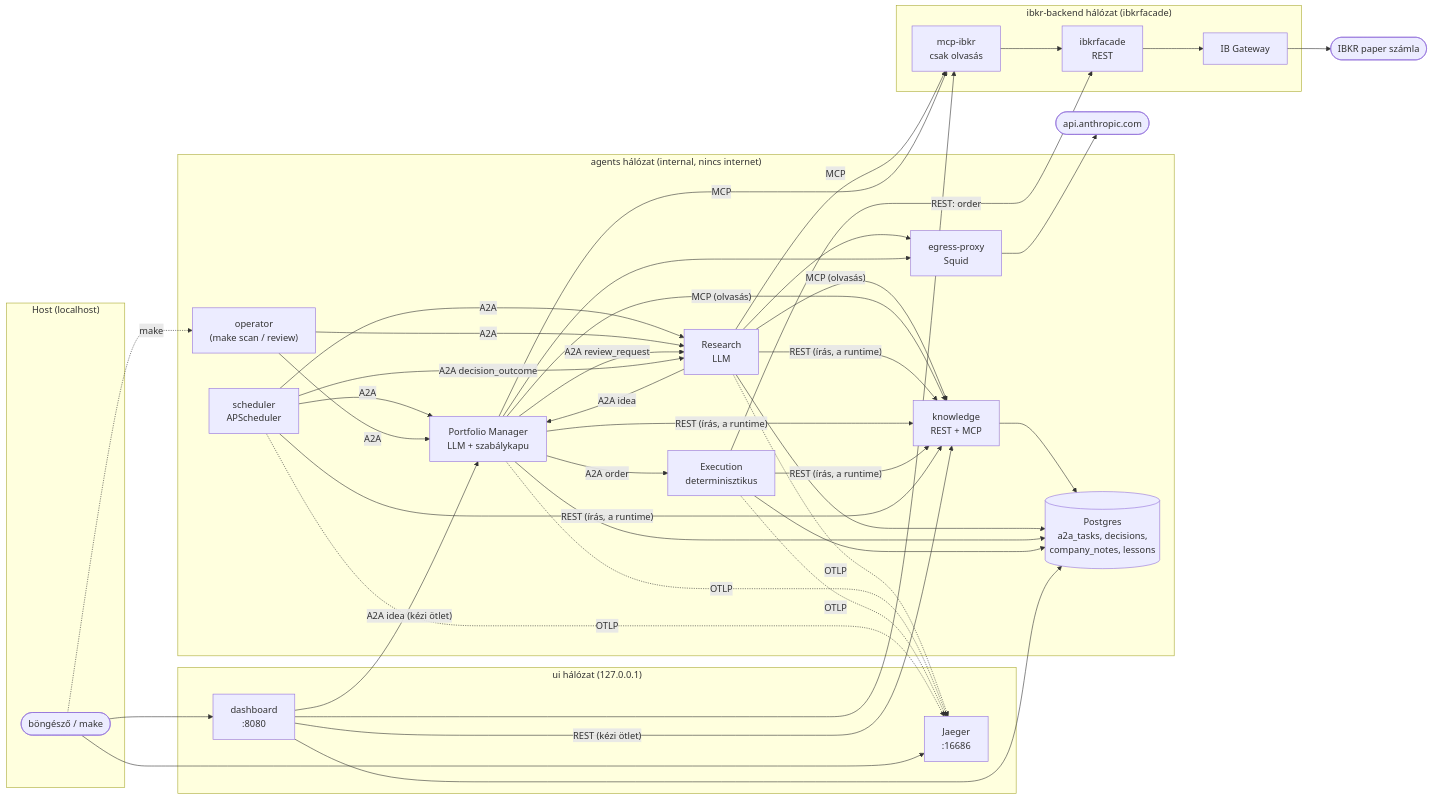
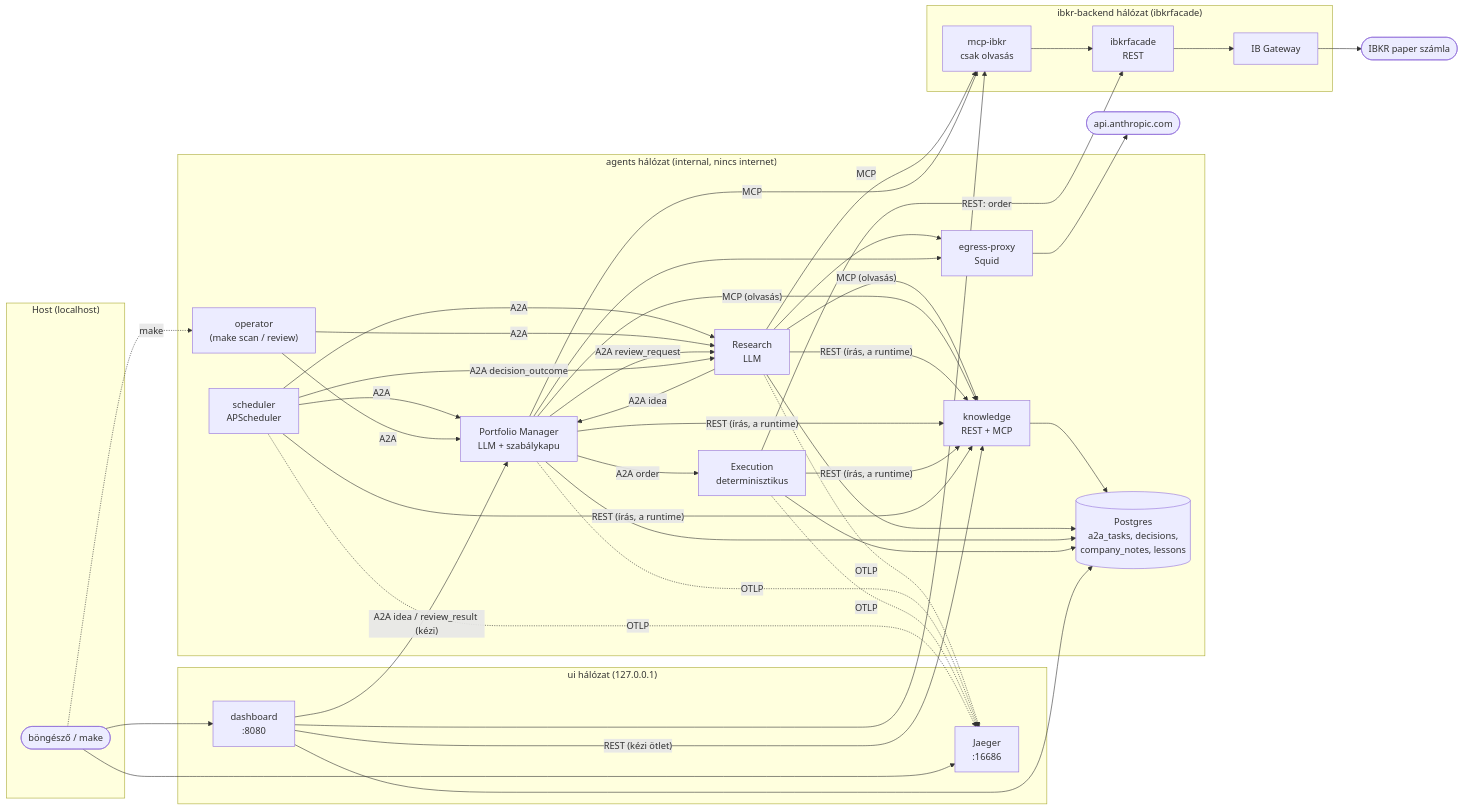
The first of 5 diagrams in README.md (medovarszki/auxin-agentic-investment-organization), drawn with Mermaid before and after one commit. The commit also changed other lines of this file and 3 other files, not shown here.

First line of the commit message:
Dashboard: manual review of open positions (REDUCE / CLOSE with a rationale) -> PM sizes the SELL -> Execution

````diff
--- a/README.md
+++ b/README.md
@@ -70,53 +70,53 @@
 ```mermaid
 flowchart LR
     subgraph host["Host (localhost)"]
         user(["böngésző / make"])
     end
 
     subgraph ui["ui hálózat (127.0.0.1)"]
         dashboard["dashboard<br/>:8080"]
         jaeger["Jaeger<br/>:16686"]
     end
 
     subgraph agents["agents hálózat (internal, nincs internet)"]
         scheduler["scheduler<br/>APScheduler"]
         operator["operator<br/>(make scan / review)"]
         research["Research<br/>LLM"]
         pm["Portfolio Manager<br/>LLM + szabálykapu"]
         exec["Execution<br/>determinisztikus"]
         knowledge["knowledge<br/>REST + MCP"]
         postgres[("Postgres<br/>a2a_tasks, decisions,<br/>company_notes, lessons")]
         proxy["egress-proxy<br/>Squid"]
     end
 
     subgraph ibkr["ibkr-backend hálózat (ibkrfacade)"]
         mcp["mcp-ibkr<br/>csak olvasás"]
         facade["ibkrfacade<br/>REST"]
         gateway["IB Gateway"]
     end
 
     anthropic(["api.anthropic.com"])
     ib(["IBKR paper számla"])
 
     user --> dashboard & jaeger
-    dashboard -- "A2A idea (kézi ötlet)" --> pm
+    dashboard -- "A2A idea / review_result (kézi)" --> pm
     dashboard -- "REST (kézi ötlet)" --> knowledge
     user -. make .-> operator
     scheduler -- A2A --> research & pm
     operator -- A2A --> research & pm
     research -- "A2A idea" --> pm
     pm -- "A2A review_request" --> research
     pm -- "A2A order" --> exec
     scheduler -- "A2A decision_outcome" --> research
     research & pm --> proxy --> anthropic
     research & pm -- MCP --> mcp
     research & pm -- "MCP (olvasás)" --> knowledge
     research & pm & exec & scheduler -- "REST (írás, a runtime)" --> knowledge
     knowledge --> postgres
     research & pm & exec --> postgres
     exec -- "REST: order" --> facade
     mcp --> facade --> gateway --> ib
     dashboard --> postgres
     dashboard --> mcp
     research & pm & exec & scheduler -. OTLP .-> jaeger
 ```
````
